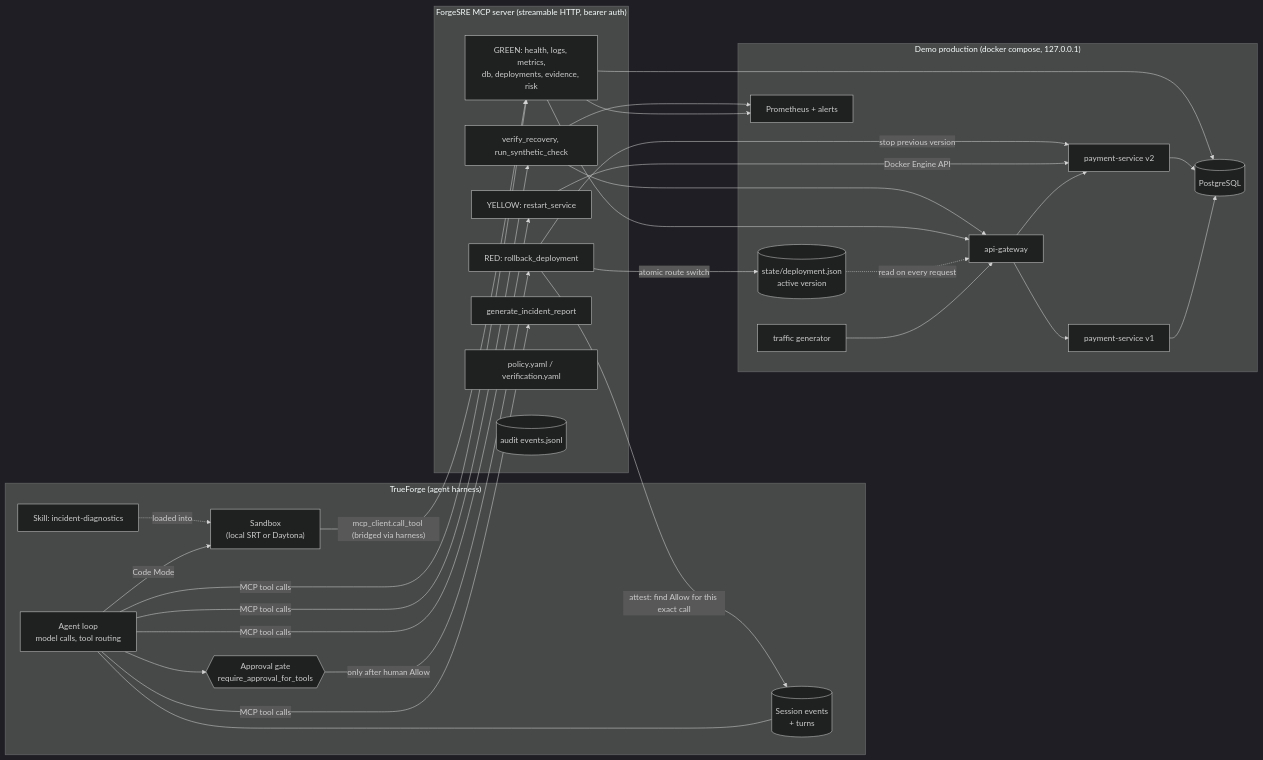
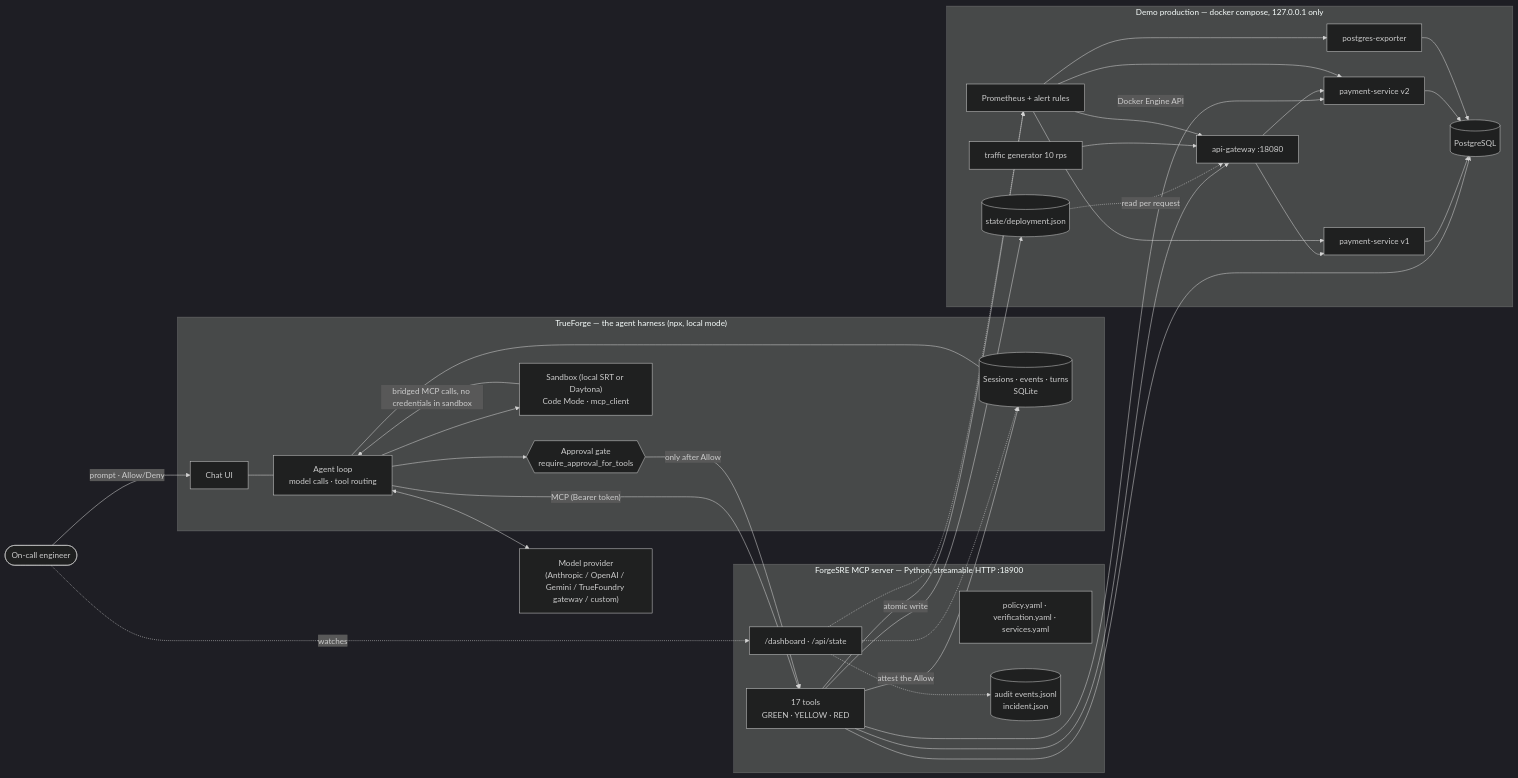
One commit to kartikeyajay2006/Agent_that_act-Hackathon changed the first of 4 diagrams in docs/architecture.md. Above: the diagram before and after it, drawn with Mermaid (dark theme). The commit also changed other lines of this file and 16 other files, not shown here.

````diff
--- a/docs/architecture.md
+++ b/docs/architecture.md
@@ -6,45 +22,52 @@
 ```mermaid
 flowchart LR
-    subgraph TF["TrueForge (agent harness)"]
-        LOOP["Agent loop<br/>model calls, tool routing"]
+    H(["On-call engineer"])
+
+    subgraph TF["TrueForge — the agent harness (npx, local mode)"]
+        UI["Chat UI"]
+        LOOP["Agent loop<br/>model calls · tool routing"]
         GATE{{"Approval gate<br/>require_approval_for_tools"}}
-        SBX["Sandbox<br/>(local SRT or Daytona)"]
-        SKILL["Skill: incident-diagnostics"]
-        LOG[("Session events<br/>+ turns")]
+        SBX["Sandbox (local SRT or Daytona)<br/>Code Mode · mcp_client"]
+        DB[("Sessions · events · turns<br/>SQLite")]
+        UI --- LOOP
         LOOP --> GATE
-        LOOP -- Code Mode --> SBX
-        SKILL -. loaded into .-> SBX
-        LOOP --- LOG
+        LOOP --> SBX
+        LOOP --- DB
     end
 
-    subgraph MCP["ForgeSRE MCP server (streamable HTTP, bearer auth)"]
-        READ["GREEN: health, logs, metrics,<br/>db, deployments, evidence, risk"]
-        Y["YELLOW: restart_service"]
-        R["RED: rollback_deployment"]
-        V["verify_recovery, run_synthetic_check"]
-        REP["generate_incident_report"]
-        POL["policy.yaml / verification.yaml"]
-        AUD[("audit events.jsonl")]
+    LLM["Model provider<br/>(Anthropic / OpenAI / Gemini / TrueFoundry gateway / custom)"]
+
+    subgraph MCPS["ForgeSRE MCP server — Python, streamable HTTP :18900"]
+        TOOLS["17 tools<br/>GREEN · YELLOW · RED"]
+        POLICY["policy.yaml · verification.yaml · services.yaml"]
+        AUDIT[("audit events.jsonl<br/>incident.json")]
+        DASH["/dashboard · /api/state"]
     end
 
-    subgraph PROD["Demo production (docker compose, 127.0.0.1)"]
-        GW["api-gateway"] --> P1["payment-service v1"]
-        GW --> P2["payment-service v2"]
-        P1 --> PG[("PostgreSQL")]
-        P2 --> PG
-        TRAFFIC["traffic generator"] --> GW
-        PROM["Prometheus + alerts"]
-        STATE[("state/deployment.json<br/>active version")]
-        STATE -. read on every request .-> GW
+    subgraph PROD["Demo production — docker compose, 127.0.0.1 only"]
+        GW["api-gateway :18080"]
+        P1["payment-service v1"]
+        P2["payment-service v2"]
+        PG[("PostgreSQL")]
+        PROM["Prometheus + alert rules"]
+        EXP["postgres-exporter"]
+        TRAF["traffic generator 10 rps"]
+        STATE[("state/deployment.json")]
     end
 
-    LOOP -- MCP tool calls --> READ & Y & V & REP
-    GATE -- only after human Allow --> R
-    SBX -- "mcp_client.call_tool (bridged via harness)" --> READ
-    R -- "attest: find Allow for this exact call" --> LOG
-    READ --> PROM & PG & GW
-    Y -- Docker Engine API --> P2
-    R -- atomic route switch --> STATE
-    R -- stop previous version --> P2
-    V --> GW & PROM
+    H -- prompt · Allow/Deny --> UI
+    LOOP <--> LLM
+    LOOP -- "MCP (Bearer token)" --> TOOLS
+    GATE -- "only after Allow" --> TOOLS
+    SBX -- "bridged MCP calls, no credentials in sandbox" --> LOOP
+    TOOLS -- "attest the Allow" --> DB
+    TOOLS --> GW & PROM & PG
+    TOOLS -- Docker Engine API --> P2
+    TOOLS -- atomic write --> STATE
+    STATE -. read per request .-> GW
+    TRAF --> GW --> P1 & P2 --> PG
+    EXP --> PG
+    PROM --> GW & P1 & P2 & EXP
+    DASH -.-> AUDIT & PROM & DB
+    H -. watches .-> DASH
 ```
````
